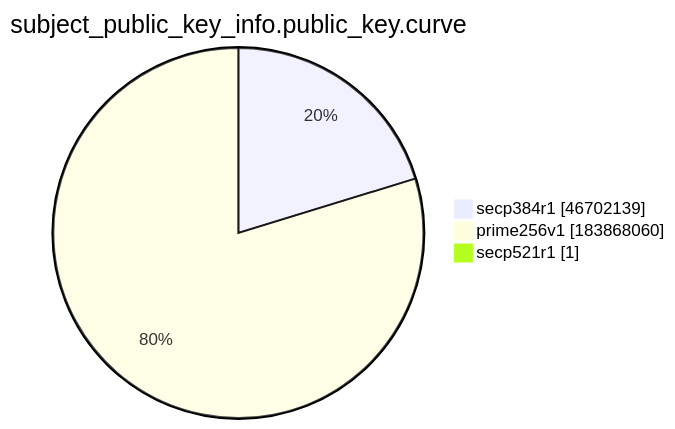
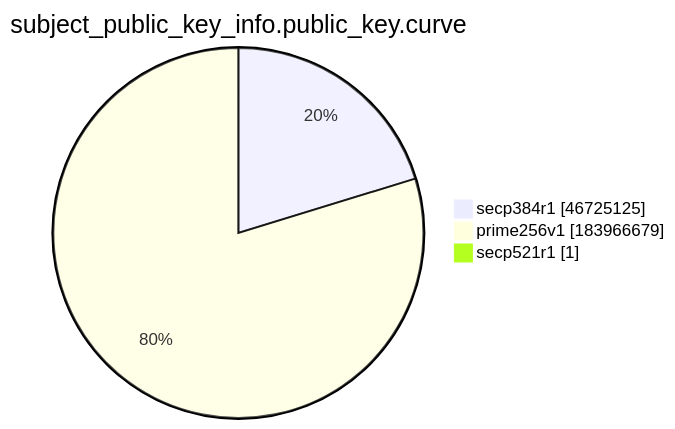
One commit to christiankrug/ctmonitor_visualization changed the ninth of 15 diagrams in xenon2022/README.md. Above: the diagram before and after it, drawn with Mermaid. The commit also changed other lines of this file, not shown here.

````diff
--- a/xenon2022/README.md
+++ b/xenon2022/README.md
@@ -2874,7 +2874,7 @@
 ```mermaid
 pie showData
 title subject_public_key_info.public_key.curve
-"secp384r1" :46702139
-"prime256v1" :183868060
+"secp384r1" :46725125
+"prime256v1" :183966679
 "secp521r1" :1
 ```
````
